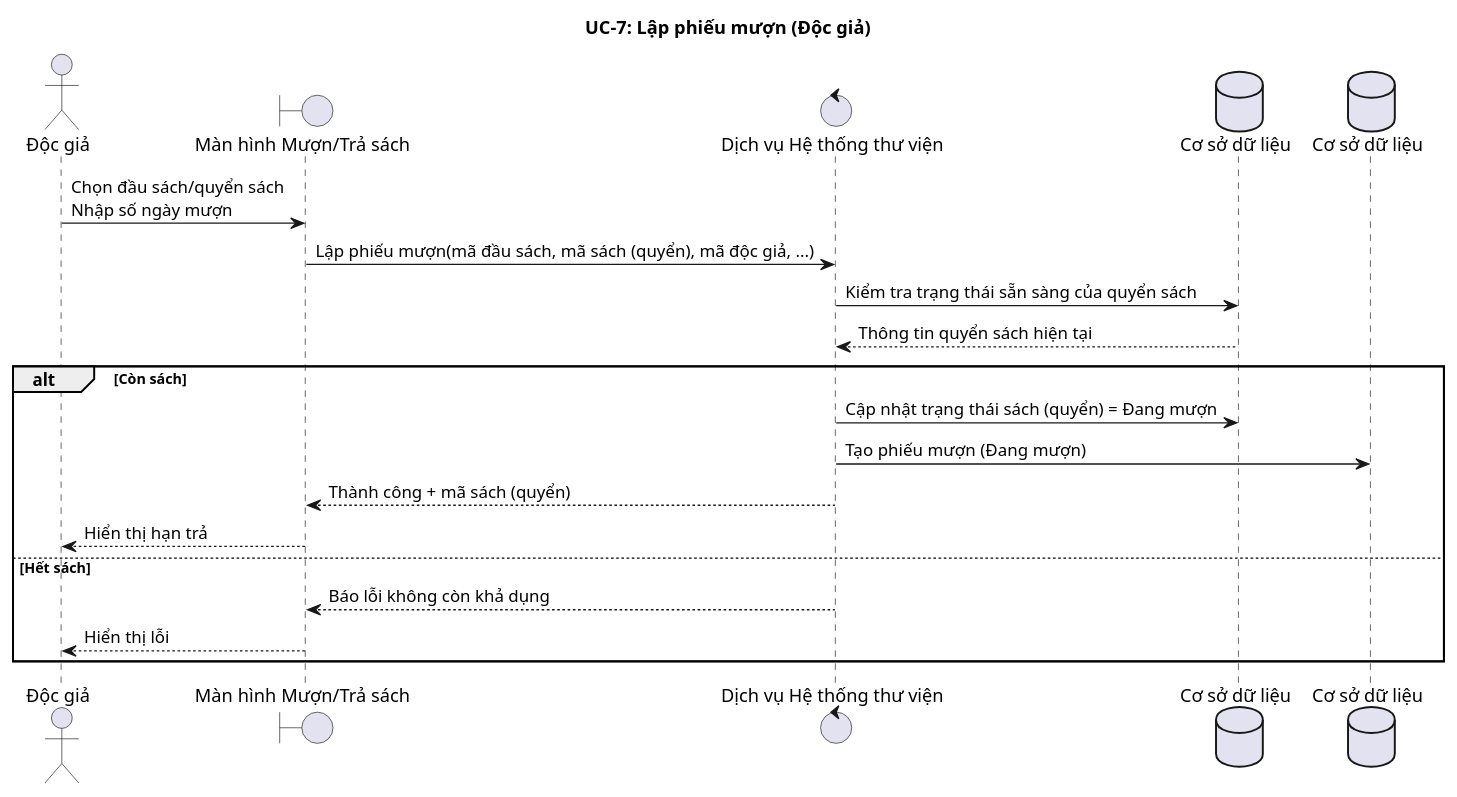
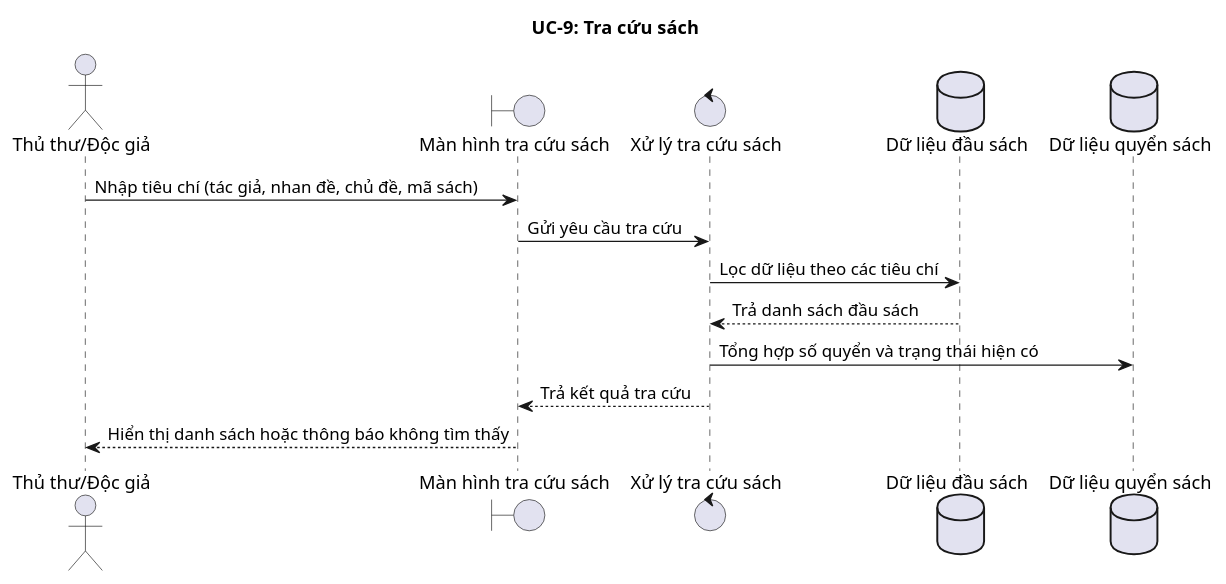
Before and after one commit to TienDungwork/Nhom3_PTTK-HTTT: the ninth of 14 diagrams in docs/SEQUENCE_UC_DA_LAM.md, drawn with PlantUML. The commit also changed other lines of this file and 22 other files, not shown here.

````diff
--- a/docs/SEQUENCE_UC_DA_LAM.md
+++ b/docs/SEQUENCE_UC_DA_LAM.md
@@ -176,26 +244,19 @@
 ```puml
 @startuml
-title UC-7: Lập phiếu mượn (Độc giả)
+title UC-9: Tra cứu sách
 
-actor DocGia as "Độc giả"
-boundary BorrowUI as "Màn hình Mượn/Trả sách"
-control BorrowService as "Dịch vụ Hệ thống thư viện"
-database LibraryDB as "Cơ sở dữ liệu"
-database BorrowDB as "Cơ sở dữ liệu"
+actor NguoiDung as "Thủ thư/Độc giả"
+boundary ManHinhTraCuu as "Màn hình tra cứu sách"
+control XuLyTraCuu as "Xử lý tra cứu sách"
+database DuLieuDauSach as "Dữ liệu đầu sách"
+database DuLieuQuyenSach as "Dữ liệu quyển sách"
 
-DocGia -> BorrowUI: Chọn đầu sách/quyển sách\nNhập số ngày mượn
-BorrowUI -> BorrowService: Lập phiếu mượn(mã đầu sách, mã sách (quyển), mã độc giả, ...)
-BorrowService -> LibraryDB: Kiểm tra trạng thái sẵn sàng của quyển sách
-LibraryDB --> BorrowService: Thông tin quyển sách hiện tại
-
-alt Còn sách
-  BorrowService -> LibraryDB: Cập nhật trạng thái sách (quyển) = Đang mượn
-  BorrowService -> BorrowDB: Tạo phiếu mượn (Đang mượn)
-  BorrowService --> BorrowUI: Thành công + mã sách (quyển)
-  BorrowUI --> DocGia: Hiển thị hạn trả
-else Hết sách
-  BorrowService --> BorrowUI: Báo lỗi không còn khả dụng
-  BorrowUI --> DocGia: Hiển thị lỗi
-end
+NguoiDung -> ManHinhTraCuu: Nhập tiêu chí (tác giả, nhan đề, chủ đề, mã sách)
+ManHinhTraCuu -> XuLyTraCuu: Gửi yêu cầu tra cứu
+XuLyTraCuu -> DuLieuDauSach: Lọc dữ liệu theo các tiêu chí
+DuLieuDauSach --> XuLyTraCuu: Trả danh sách đầu sách
+XuLyTraCuu -> DuLieuQuyenSach: Tổng hợp số quyển và trạng thái hiện có
+XuLyTraCuu --> ManHinhTraCuu: Trả kết quả tra cứu
+ManHinhTraCuu --> NguoiDung: Hiển thị danh sách hoặc thông báo không tìm thấy
 @enduml
 ```
````
